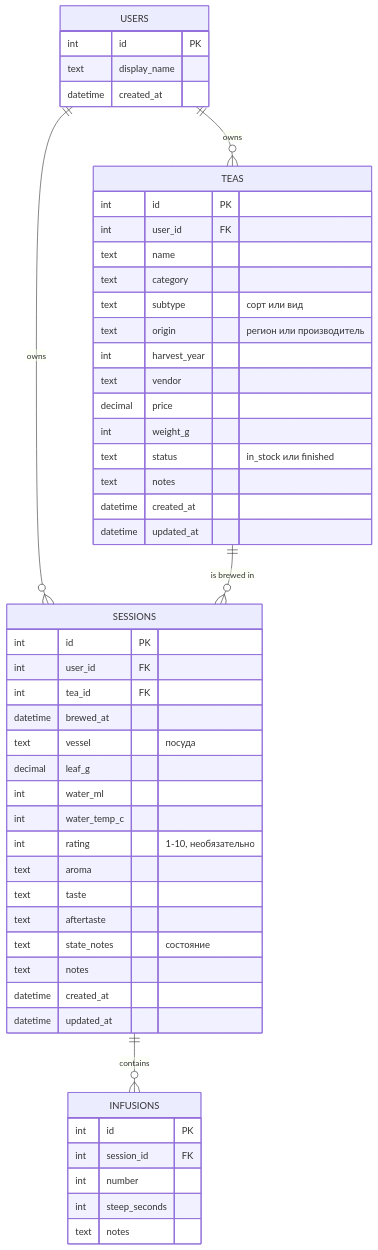
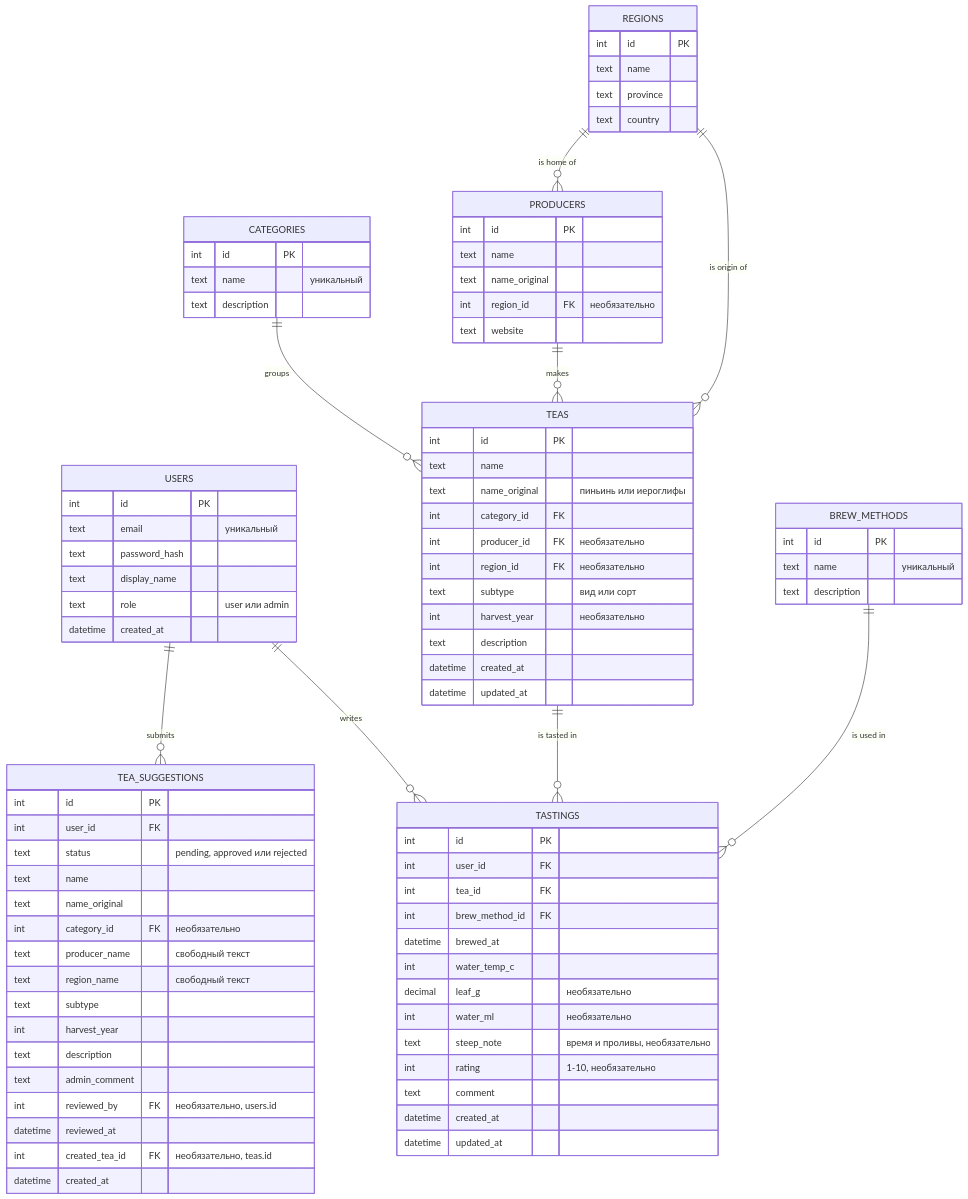
One commit to dnslm/cha-log changed the diagram in docs/data-model.md. Above: the diagram before and after it, drawn with Mermaid. The commit also changed other lines of this file and 2 other files, not shown here.

Commit message:
docs: add tz, update data model and readme (#15)

````diff
--- a/docs/data-model.md
+++ b/docs/data-model.md
@@ -7,57 +8,96 @@
 ```mermaid
 erDiagram
-    USERS ||--o{ TEAS : owns
-    USERS ||--o{ SESSIONS : owns
-    TEAS ||--o{ SESSIONS : "is brewed in"
-    SESSIONS ||--o{ INFUSIONS : contains
+    USERS ||--o{ TASTINGS : writes
+    USERS ||--o{ TEA_SUGGESTIONS : submits
+    TEAS ||--o{ TASTINGS : "is tasted in"
+    BREW_METHODS ||--o{ TASTINGS : "is used in"
+    CATEGORIES ||--o{ TEAS : groups
+    PRODUCERS ||--o{ TEAS : makes
+    REGIONS ||--o{ TEAS : "is origin of"
+    REGIONS ||--o{ PRODUCERS : "is home of"
 
     USERS {
         int id PK
+        text email "уникальный"
+        text password_hash
         text display_name
+        text role "user или admin"
         datetime created_at
+    }
+
+    CATEGORIES {
+        int id PK
+        text name "уникальный"
+        text description
+    }
+
+    REGIONS {
+        int id PK
+        text name
+        text province
+        text country
+    }
+
+    PRODUCERS {
+        int id PK
+        text name
+        text name_original
+        int region_id FK "необязательно"
+        text website
     }
 
     TEAS {
         int id PK
-        int user_id FK
         text name
-        text category
-        text subtype "сорт или вид"
-        text origin "регион или производитель"
-        int harvest_year
-        text vendor
-        decimal price
-        int weight_g
-        text status "in_stock или finished"
-        text notes
+        text name_original "пиньинь или иероглифы"
+        int category_id FK
+        int producer_id FK "необязательно"
+        int region_id FK "необязательно"
+        text subtype "вид или сорт"
+        int harvest_year "необязательно"
+        text description
         datetime created_at
         datetime updated_at
     }
 
-    SESSIONS {
+    BREW_METHODS {
+        int id PK
+        text name "уникальный"
+        text description
+    }
+
+    TASTINGS {
         int id PK
         int user_id FK
         int tea_id FK
+        int brew_method_id FK
         datetime brewed_at
-        text vessel "посуда"
-        decimal leaf_g
-        int water_ml
         int water_temp_c
+        decimal leaf_g "необязательно"
+        int water_ml "необязательно"
+        text steep_note "время и проливы, необязательно"
         int rating "1-10, необязательно"
-        text aroma
-        text taste
-        text aftertaste
-        text state_notes "состояние"
-        text notes
+        text comment
         datetime created_at
         datetime updated_at
     }
 
-    INFUSIONS {
+    TEA_SUGGESTIONS {
         int id PK
-        int session_id FK
-        int number
-        int steep_seconds
-        text notes
+        int user_id FK
+        text status "pending, approved или rejected"
+        text name
+        text name_original
+        int category_id FK "необязательно"
+        text producer_name "свободный текст"
+        text region_name "свободный текст"
+        text subtype
+        int harvest_year
+        text description
+        text admin_comment
+        int reviewed_by FK "необязательно, users.id"
+        datetime reviewed_at
+        int created_tea_id FK "необязательно, teas.id"
+        datetime created_at
     }
 ```
````
